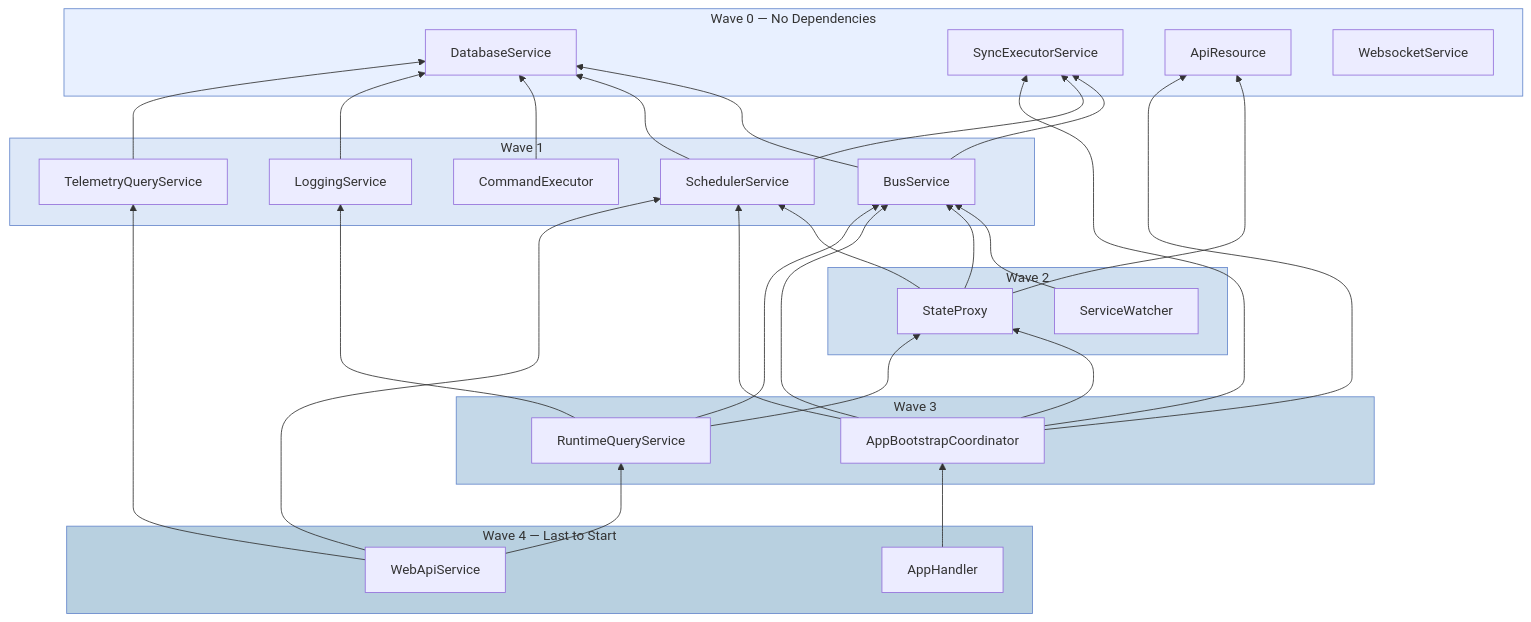
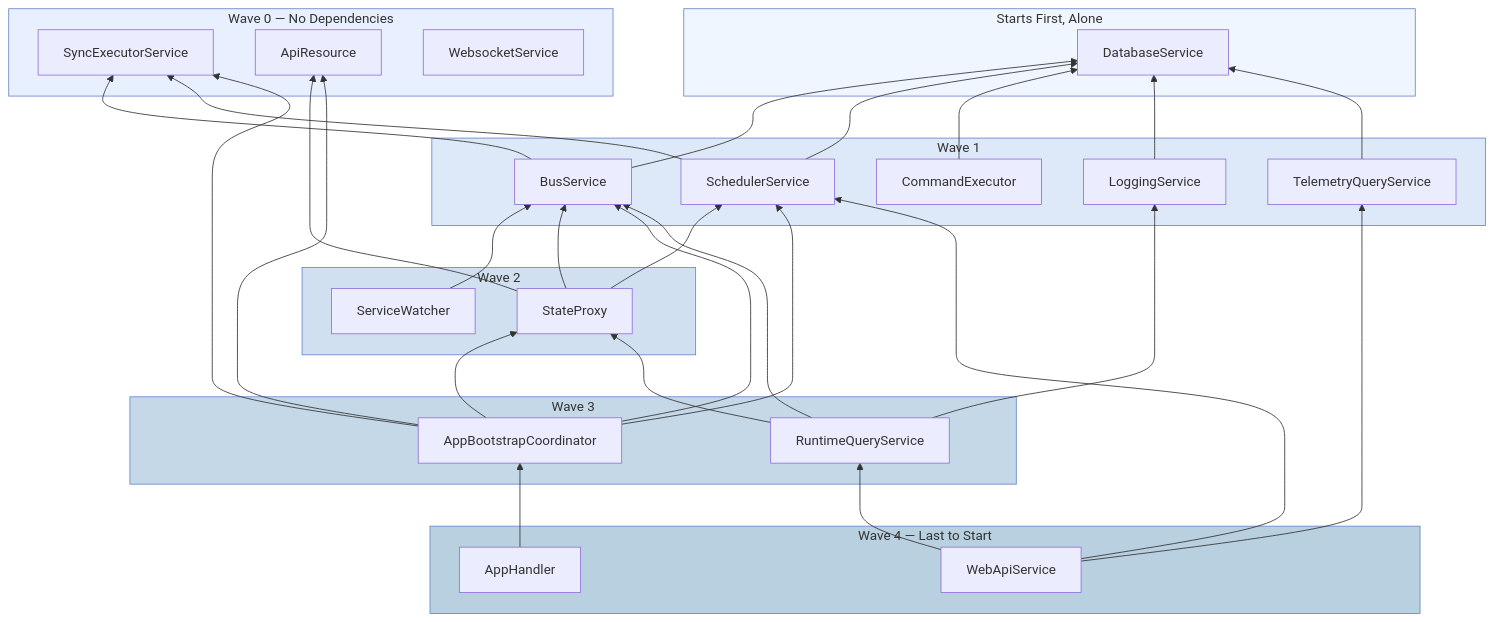
Before and after one commit to NodeJSmith/hassette: the second of 3 diagrams in docs/pages/core-concepts/internals/index.md, drawn with Mermaid. The commit also changed other lines of this file and 1 other file, not shown here.

Commit message:
docs: show the database service's own startup wave and name the wave timeout
The internals dependency graph now shows DatabaseService starting alone
before wave 0, matching the lifecycle page, and the lifecycle page names
the [hassette.lifecycle] startup_timeout_seconds setting it means rather
than the RestartSpec field of the same name.

Refs #3106

Claude-Session: https://claude.ai/code/session_01YWiVsa8MV34pdJC1yB2S9q

````diff
--- a/docs/pages/core-concepts/internals/index.md
+++ b/docs/pages/core-concepts/internals/index.md
@@ -99,53 +99,57 @@
 ```mermaid
 graph BT
     accTitle: Service Dependency Graph
-    accDescr: Wave-based startup order, wave 0 at the top
+    accDescr: Wave-based startup order, DatabaseService alone at the top, then wave 0
+
+    subgraph dbwave["Starts First, Alone"]
+        DB[DatabaseService]
+    end
 
     subgraph wave0["Wave 0 — No Dependencies"]
-        DB[DatabaseService]
         SYNC[SyncExecutorService]
         API[ApiResource]
         WS[WebsocketService]
     end
 
     subgraph wave1["Wave 1"]
         BUS[BusService]
         SCHED[SchedulerService]
         CMD[CommandExecutor]
         LOG[LoggingService]
         TQS[TelemetryQueryService]
     end
 
     subgraph wave2["Wave 2"]
         SP[StateProxy]
         SW[ServiceWatcher]
     end
 
     subgraph wave3["Wave 3"]
         ABC[AppBootstrapCoordinator]
         RQS[RuntimeQueryService]
     end
 
     subgraph wave4["Wave 4 — Last to Start"]
         AH[AppHandler]
         WEB[WebApiService]
     end
 
     BUS --> DB & SYNC
     SCHED --> DB & SYNC
     CMD --> DB
     LOG --> DB
     TQS --> DB
     SW --> BUS
     SP --> API & BUS & SCHED
     ABC --> API & BUS & SCHED & SP & SYNC
     RQS --> BUS & SP & LOG
     AH --> ABC
     WEB --> RQS & TQS & SCHED
 
+    style dbwave fill:#f0f6ff,stroke:#6688cc
     style wave0 fill:#e8f0ff,stroke:#6688cc
     style wave1 fill:#dde8f8,stroke:#6688cc
     style wave2 fill:#d0e0f0,stroke:#6688cc
     style wave3 fill:#c4d8e8,stroke:#6688cc
     style wave4 fill:#b8d0e0,stroke:#6688cc
 ```
````
